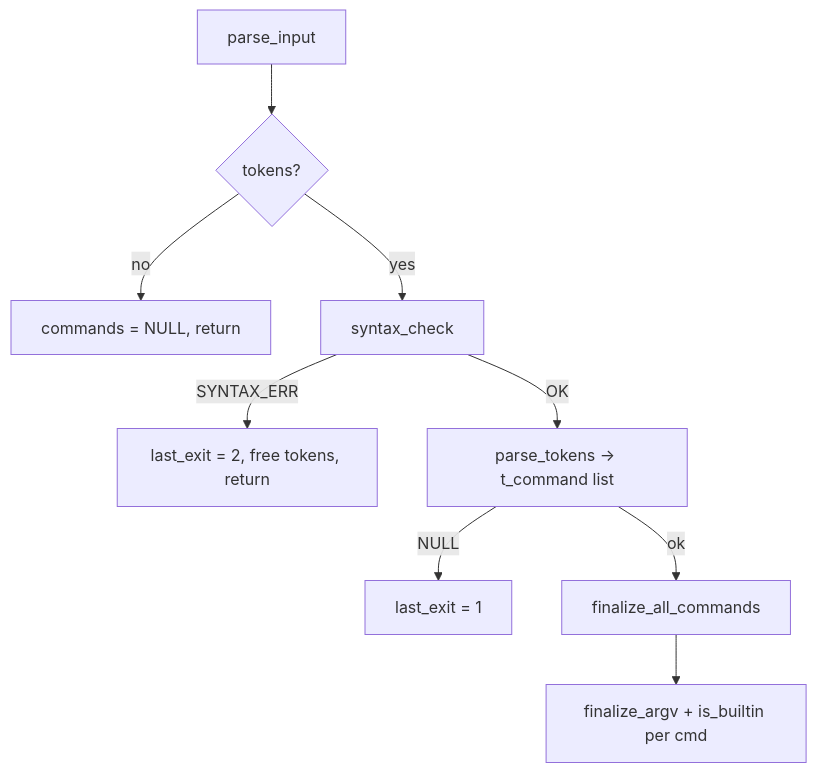
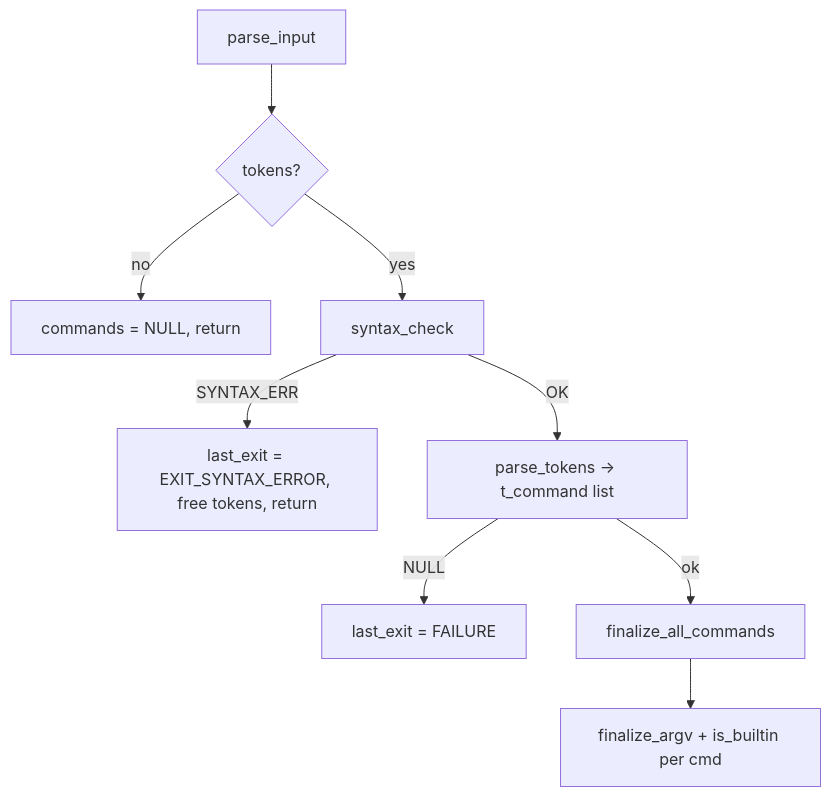
The eighth of 14 diagrams in docs/MINISHELL_ARCHITECTURE.md (gkhavari/minishell), drawn with Mermaid before and after one commit. The commit also changed other lines of this file and 23 other files, not shown here.

````diff
--- a/docs/MINISHELL_ARCHITECTURE.md
+++ b/docs/MINISHELL_ARCHITECTURE.md
@@ -625,11 +625,11 @@
 ```mermaid
 flowchart TD
     PI[parse_input] --> T0{tokens?}
     T0 -->|no| NULL[commands = NULL, return]
     T0 -->|yes| SY[syntax_check]
-    SY -->|SYNTAX_ERR| E2[last_exit = 2, free tokens, return]
+    SY -->|SYNTAX_ERR| E2[last_exit = EXIT_SYNTAX_ERROR, free tokens, return]
     SY -->|OK| PT[parse_tokens → t_command list]
-    PT -->|NULL| E1[last_exit = 1]
+    PT -->|NULL| E1[last_exit = FAILURE]
     PT -->|ok| FIN[finalize_all_commands]
     FIN --> ARGV[finalize_argv + is_builtin per cmd]
 ```
````
